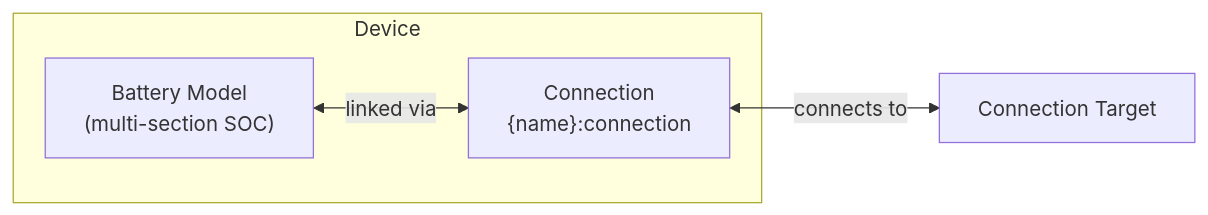
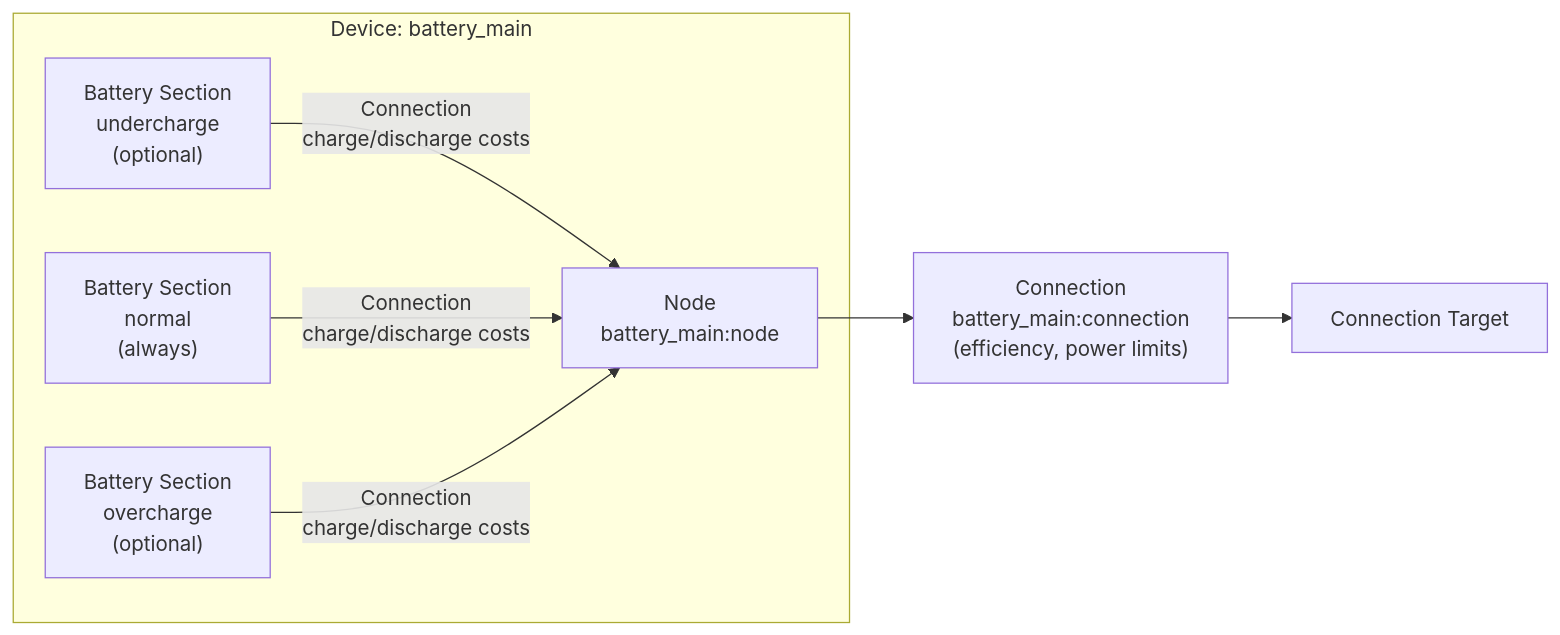
One commit to hass-energy/haeo changed the diagram in docs/modeling/device-layer/battery.md. Above: the diagram before and after it, drawn with Mermaid. The commit also changed other lines of this file and 33 other files, not shown here.

Commit message:
Initial commit of a composed rather than modelled multi section battery

````diff
--- a/docs/modeling/device-layer/battery.md
+++ b/docs/modeling/device-layer/battery.md
@@ -7,12 +7,19 @@
 ```mermaid
 graph LR
-    subgraph "Device"
-        BM["Battery Model<br/>(multi-section SOC)"]
-        Conn["Connection<br/>{name}:connection"]
+    subgraph "Device: battery_main"
+        BU["Battery Section<br/>undercharge<br/>(optional)"]
+        BN["Battery Section<br/>normal<br/>(always)"]
+        BO["Battery Section<br/>overcharge<br/>(optional)"]
+        Node["Node<br/>battery_main:node"]
+
+        BU -->|Connection<br/>charge/discharge costs| Node
+        BN -->|Connection<br/>charge/discharge costs| Node
+        BO -->|Connection<br/>charge/discharge costs| Node
     end
 
-    Node[Connection Target]
+    Conn["Connection<br/>battery_main:connection<br/>(efficiency, power limits)"]
+    Target[Connection Target]
 
-    BM <-->|linked via| Conn
-    Conn <-->|connects to| Node
+    Node --> Conn
+    Conn --> Target
 ```
````
